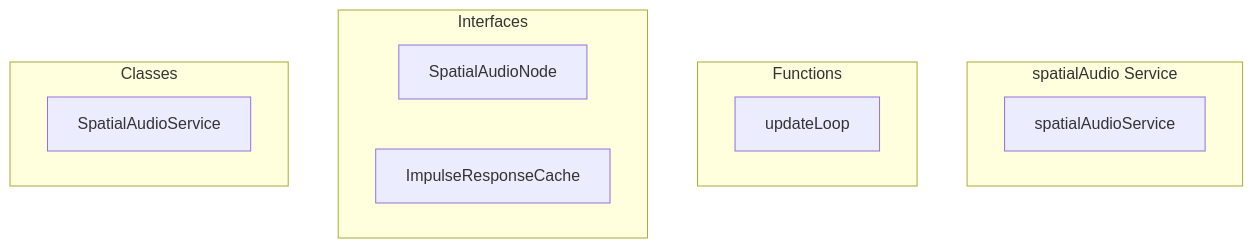
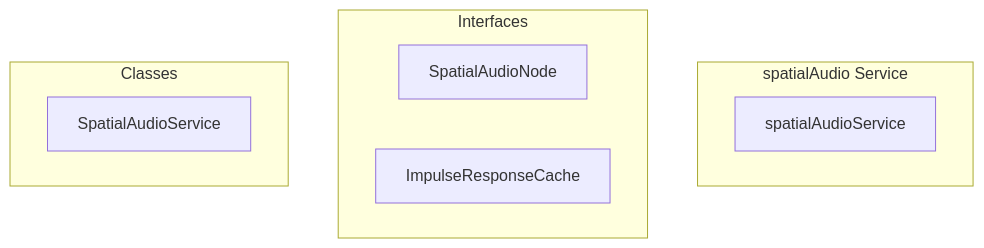
One commit to y4my4my4m/harmony changed the diagram in docs/api/services/spatialaudio.md. Above: the diagram before and after it, drawn with Mermaid. The commit also changed other lines of this file and 211 other files, not shown here.

````diff
--- a/docs/api/services/spatialaudio.md
+++ b/docs/api/services/spatialaudio.md
@@ -7,20 +7,16 @@
 ```mermaid
 graph TB
     subgraph "spatialAudio Service"
         SPATIALAUDIOSERVICE[SpatialAudioService]
         SPATIALAUDIOSERVICE[spatialAudioService]
-    end
-    
-    subgraph "Functions"
-        FN_UPDATELOOP[updateLoop]
     end
     
     subgraph "Interfaces"
         INT_SPATIALAUDIONODE[SpatialAudioNode]
         INT_IMPULSERESPONSECACHE[ImpulseResponseCache]
     end
     
     subgraph "Classes"
         CLS_SPATIALAUDIOSERVICE[SpatialAudioService]
     end
 ```
````
